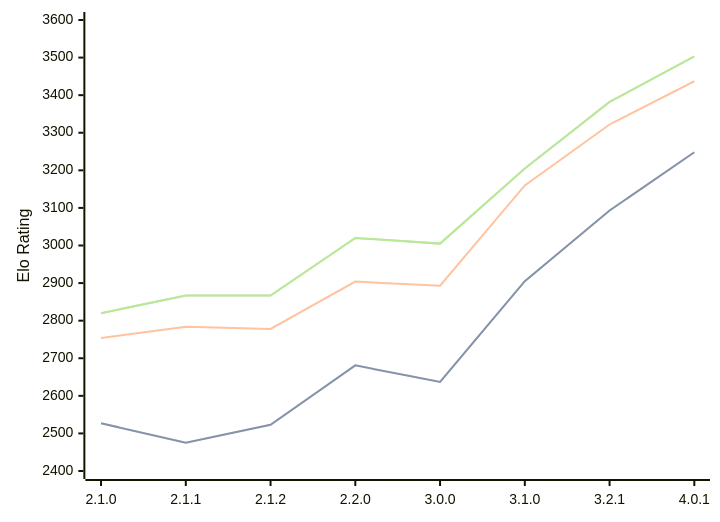
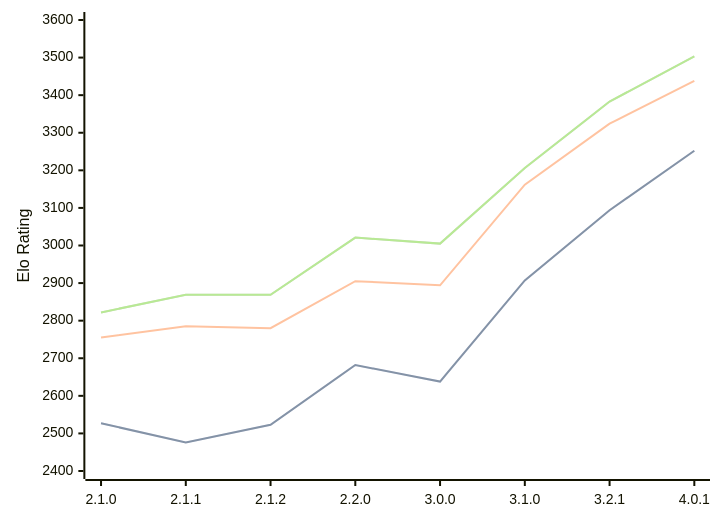
One commit to computer-chess-index/cci changed the diagram in engines/Prune.md. Above: the diagram before and after it, drawn with Mermaid. The commit also changed other lines of this file, not shown here.

Commit message:
Update CCI Ratings (ELO VLTC) - 2026-08-26

````diff
--- a/engines/Prune.md
+++ b/engines/Prune.md
@@ -40,11 +40,11 @@
 ```mermaid
 %%{init: {"theme":"base","themeVariables":{"seriesColors:['#a3a3a3','#222221','#faa371']}}}%%
 xychart-beta
   x-axis ["2.1.0", "2.1.1", "2.1.2", "2.2.0", "3.0.0", "3.1.0", "3.2.1", "4.0.1"]
   y-axis "Elo Rating" 2400 --> 3600
-  line "STC (8.0+0.08s)" [2527, 2475, 2523, 2681, 2637, 2905, 3093, 3248]
-  line "STC (8.0+0.08s)" [2527, 2475, 2523, 2681, 2637, 2905, 3093, 3248]
-  line "LTC (60.0+0.60s)" [2754, 2784, 2778, 2904, 2893, 3160, 3322, 3437]
-  line "VLTC (2m24s+1.12s)" [2820, 2867, 2867, 3020, 3005, 3205, 3382, 3503]
-  line "VLTC (2m24s+1.12s)" [2820, 2867, 2867, 3020, 3005, 3205, 3382, 3503]
+  line "STC (8.0+0.08s)" [2527, 2476, 2523, 2682, 2638, 2907, 3094, 3252]
+  line "STC (8.0+0.08s)" [2527, 2476, 2523, 2682, 2638, 2907, 3094, 3252]
+  line "LTC (60.0+0.60s)" [2755, 2785, 2780, 2905, 2894, 3162, 3324, 3438]
+  line "VLTC (2m24s+1.12s)" [2822, 2869, 2869, 3021, 3005, 3206, 3383, 3503]
+  line "VLTC (2m24s+1.12s)" [2822, 2869, 2869, 3021, 3005, 3206, 3383, 3503]
 ```
````
